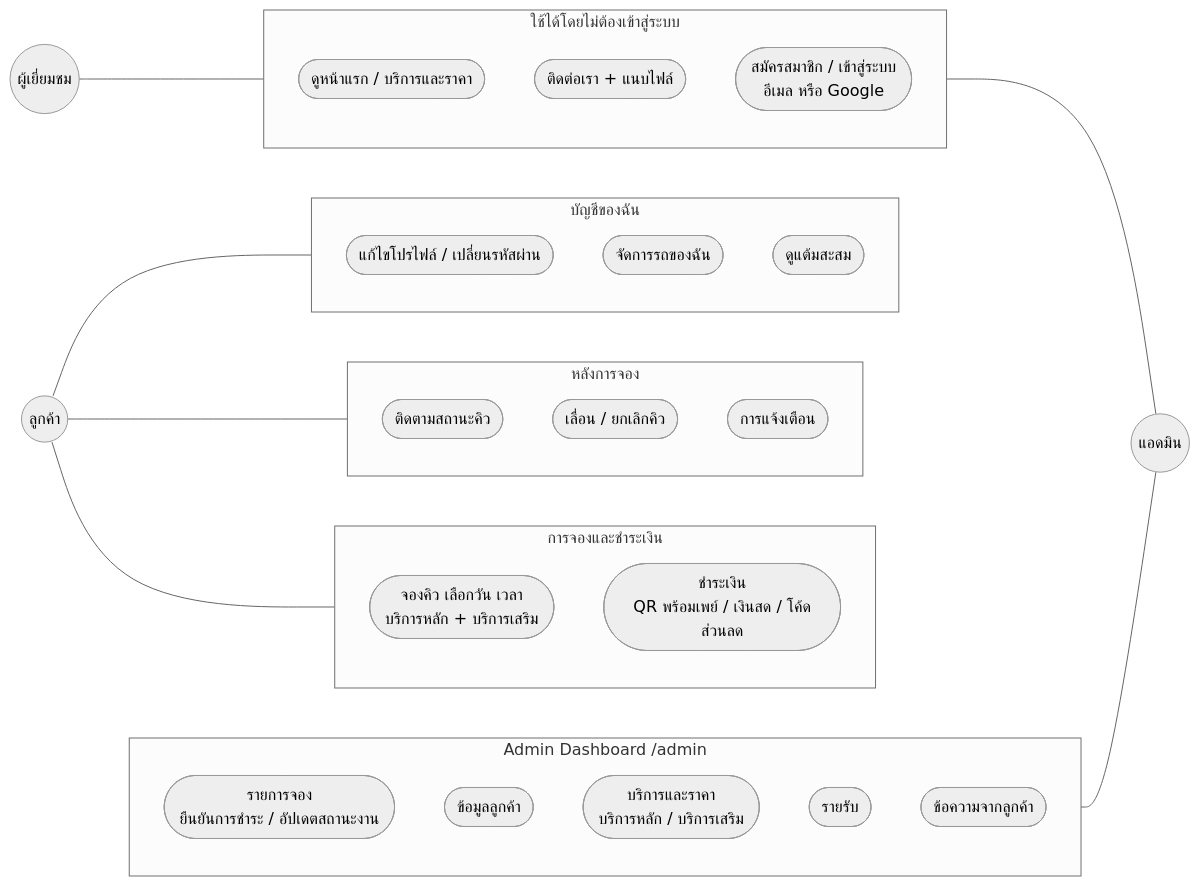
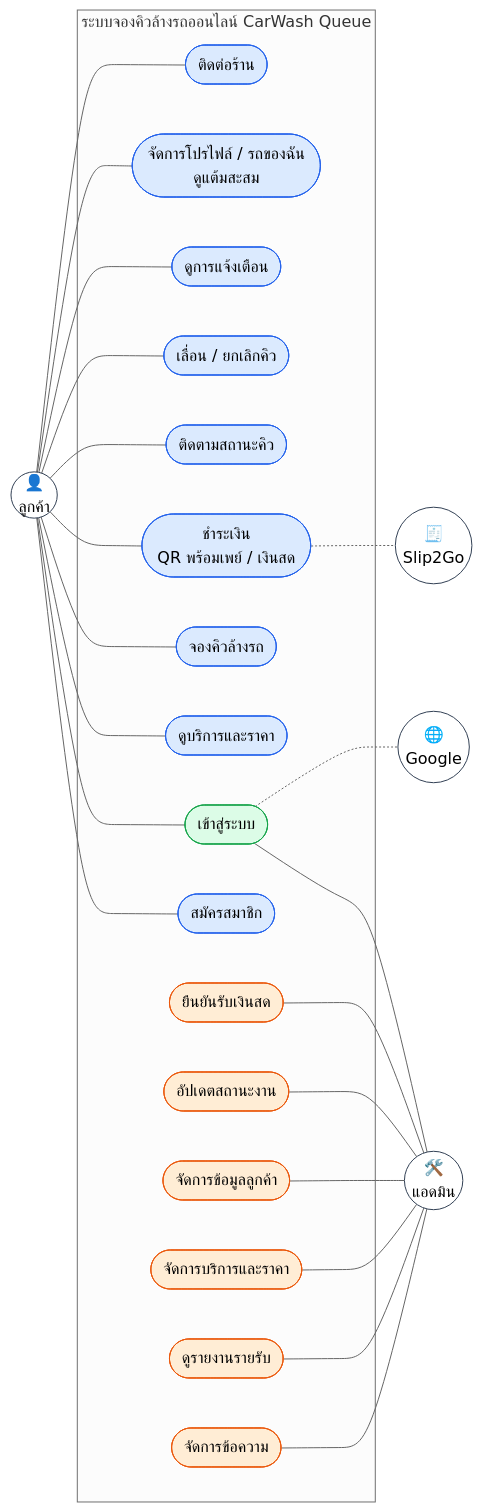
Before and after one commit to Patipan26/Group22-CarWash-Queue: the fourth of 7 diagrams in README.md, drawn with Mermaid (neutral theme). The commit also changed other lines of this file, not shown here.

````diff
--- a/README.md
+++ b/README.md
@@ -680,49 +680,57 @@
 ```mermaid
 flowchart LR
-    G(("ผู้เยี่ยมชม"))
-    C(("ลูกค้า"))
-    A(("แอดมิน"))
+    Customer(("👤<br/>ลูกค้า"))
+    Admin(("🛠️<br/>แอดมิน"))
+    Google(("🌐<br/>Google"))
+    Slip2Go(("🧾<br/>Slip2Go"))
 
-    subgraph PUB["ใช้ได้โดยไม่ต้องเข้าสู่ระบบ"]
-        direction TB
-        P1(["ดูหน้าแรก / บริการและราคา"])
-        P2(["ติดต่อเรา + แนบไฟล์"])
-        P3(["สมัครสมาชิก / เข้าสู่ระบบ<br/>อีเมล หรือ Google"])
+    subgraph SYS["ระบบจองคิวล้างรถออนไลน์ CarWash Queue"]
+        UC1(["สมัครสมาชิก"])
+        UC2(["เข้าสู่ระบบ"])
+        UC3(["ดูบริการและราคา"])
+        UC4(["จองคิวล้างรถ"])
+        UC5(["ชำระเงิน<br/>QR พร้อมเพย์ / เงินสด"])
+        UC6(["ติดตามสถานะคิว"])
+        UC7(["เลื่อน / ยกเลิกคิว"])
+        UC8(["ดูการแจ้งเตือน"])
+        UC9(["จัดการโปรไฟล์ / รถของฉัน<br/>ดูแต้มสะสม"])
+        UC10(["ติดต่อร้าน"])
+        UC11(["ยืนยันรับเงินสด"])
+        UC12(["อัปเดตสถานะงาน"])
+        UC13(["จัดการข้อมูลลูกค้า"])
+        UC14(["จัดการบริการและราคา"])
+        UC15(["ดูรายงานรายรับ"])
+        UC16(["จัดการข้อความ"])
     end
 
-    subgraph BOOK["การจองและชำระเงิน"]
-        direction TB
-        B1(["จองคิว เลือกวัน เวลา<br/>บริการหลัก + บริการเสริม"])
-        B2(["ชำระเงิน<br/>QR พร้อมเพย์ / เงินสด / โค้ดส่วนลด"])
-    end
+    Customer --- UC1
+    Customer --- UC2
+    Customer --- UC3
+    Customer --- UC4
+    Customer --- UC5
+    Customer --- UC6
+    Customer --- UC7
+    Customer --- UC8
+    Customer --- UC9
+    Customer --- UC10
 
-    subgraph AFTER["หลังการจอง"]
-        direction TB
-        F1(["ติดตามสถานะคิว"])
-        F2(["เลื่อน / ยกเลิกคิว"])
-        F3(["การแจ้งเตือน"])
-    end
+    UC2 --- Admin
+    UC11 --- Admin
+    UC12 --- Admin
+    UC13 --- Admin
+    UC14 --- Admin
+    UC15 --- Admin
+    UC16 --- Admin
 
-    subgraph ACC["บัญชีของฉัน"]
-        direction TB
-        M1(["แก้ไขโปรไฟล์ / เปลี่ยนรหัสผ่าน"])
-        M2(["จัดการรถของฉัน"])
-        M3(["ดูแต้มสะสม"])
-    end
+    UC2 -.- Google
+    UC5 -.- Slip2Go
 
-    subgraph ADM["Admin Dashboard /admin"]
-        direction TB
-        D1(["รายการจอง<br/>ยืนยันการชำระ / อัปเดตสถานะงาน"])
-        D2(["ข้อมูลลูกค้า"])
-        D3(["บริการและราคา<br/>บริการหลัก / บริการเสริม"])
-        D4(["รายรับ"])
-        D5(["ข้อความจากลูกค้า"])
-    end
-
-    G --- PUB
-    C --- BOOK
-    C --- AFTER
-    C --- ACC
-    PUB --- A
-    ADM --- A
+    classDef actor fill:#fff,stroke:#334155,color:#000
+    classDef cus fill:#dbeafe,stroke:#2563eb,color:#000
+    classDef adm fill:#ffedd5,stroke:#ea580c,color:#000
+    classDef both fill:#dcfce7,stroke:#16a34a,color:#000
+    class Customer,Admin,Google,Slip2Go actor
+    class UC1,UC3,UC4,UC5,UC6,UC7,UC8,UC9,UC10 cus
+    class UC11,UC12,UC13,UC14,UC15,UC16 adm
+    class UC2 both
 ```
````
